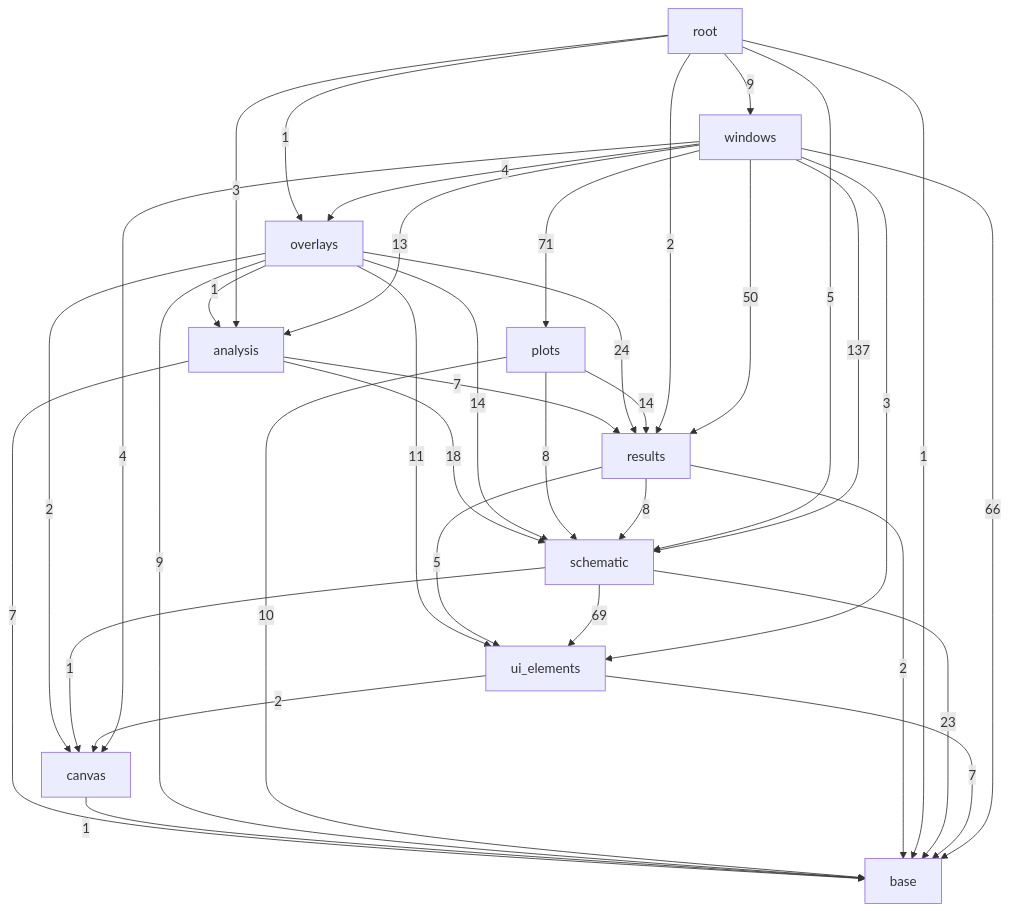
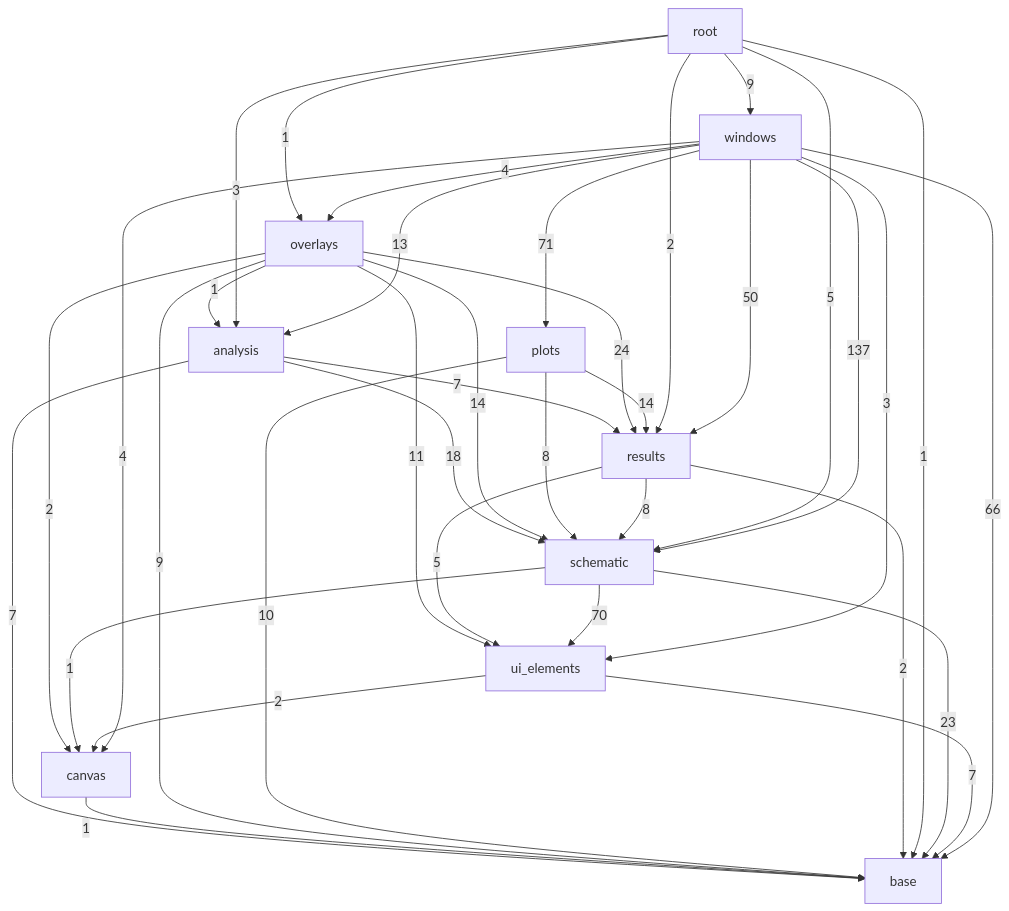
One commit to ronnymilleo/imcsim changed the third of 3 diagrams in docs/architecture.md. Above: the diagram before and after it, drawn with Mermaid. The commit also changed other lines of this file and 1 other file, not shown here.

Commit message:
Regenerate the include and Nodalys class diagrams

````diff
--- a/docs/architecture.md
+++ b/docs/architecture.md
@@ -56,48 +56,48 @@
 ```mermaid
 flowchart TD
     app_gui_base[base]
     app_gui_canvas[canvas]
     app_gui_ui_elements[ui_elements]
     app_gui_schematic[schematic]
     app_gui_results[results]
     app_gui_analysis[analysis]
     app_gui_plots[plots]
     app_gui_overlays[overlays]
     app_gui_windows[windows]
     app_gui_root[root]
     app_gui_analysis -->|7| app_gui_base
     app_gui_analysis -->|7| app_gui_results
     app_gui_analysis -->|18| app_gui_schematic
     app_gui_canvas -->|1| app_gui_base
     app_gui_overlays -->|1| app_gui_analysis
     app_gui_overlays -->|9| app_gui_base
     app_gui_overlays -->|2| app_gui_canvas
     app_gui_overlays -->|24| app_gui_results
     app_gui_overlays -->|14| app_gui_schematic
     app_gui_overlays -->|11| app_gui_ui_elements
     app_gui_plots -->|10| app_gui_base
     app_gui_plots -->|14| app_gui_results
     app_gui_plots -->|8| app_gui_schematic
     app_gui_results -->|2| app_gui_base
     app_gui_results -->|8| app_gui_schematic
     app_gui_results -->|5| app_gui_ui_elements
     app_gui_root -->|3| app_gui_analysis
     app_gui_root -->|1| app_gui_base
     app_gui_root -->|1| app_gui_overlays
     app_gui_root -->|2| app_gui_results
     app_gui_root -->|5| app_gui_schematic
     app_gui_root -->|9| app_gui_windows
     app_gui_schematic -->|23| app_gui_base
     app_gui_schematic -->|1| app_gui_canvas
-    app_gui_schematic -->|69| app_gui_ui_elements
+    app_gui_schematic -->|70| app_gui_ui_elements
     app_gui_ui_elements -->|7| app_gui_base
     app_gui_ui_elements -->|2| app_gui_canvas
     app_gui_windows -->|13| app_gui_analysis
     app_gui_windows -->|66| app_gui_base
     app_gui_windows -->|4| app_gui_canvas
     app_gui_windows -->|4| app_gui_overlays
     app_gui_windows -->|71| app_gui_plots
     app_gui_windows -->|50| app_gui_results
     app_gui_windows -->|137| app_gui_schematic
     app_gui_windows -->|3| app_gui_ui_elements
 ```
````
